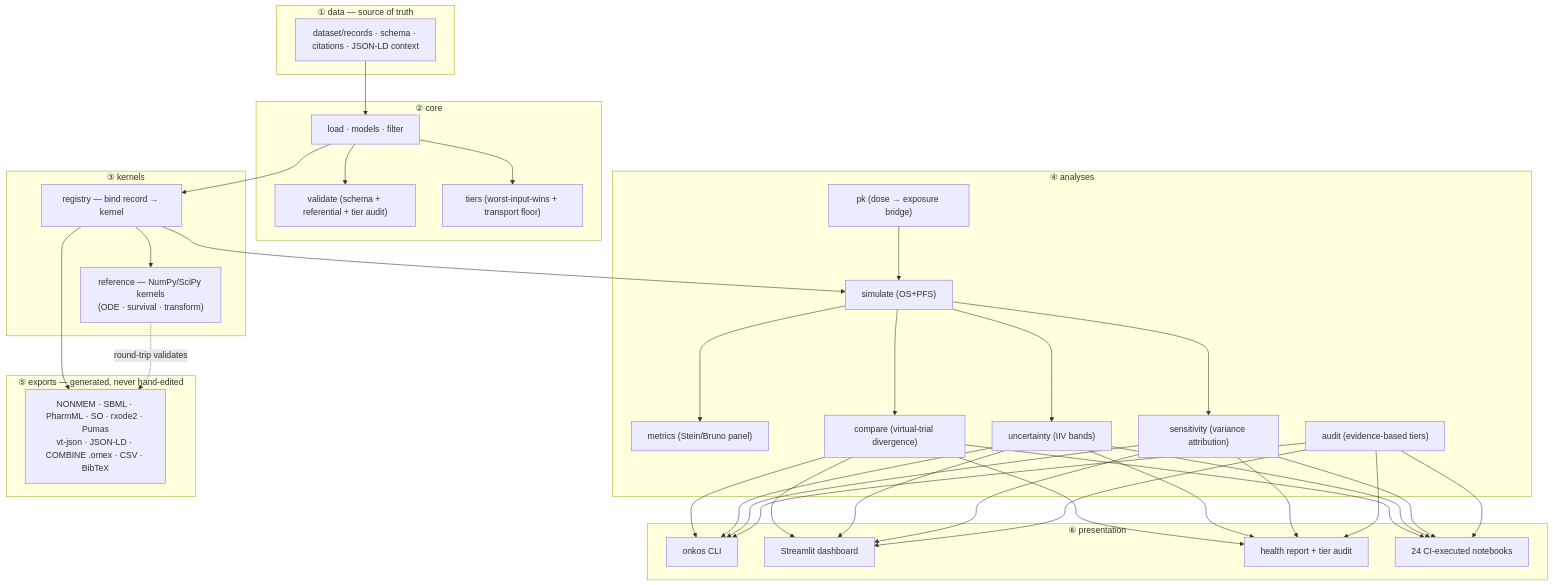
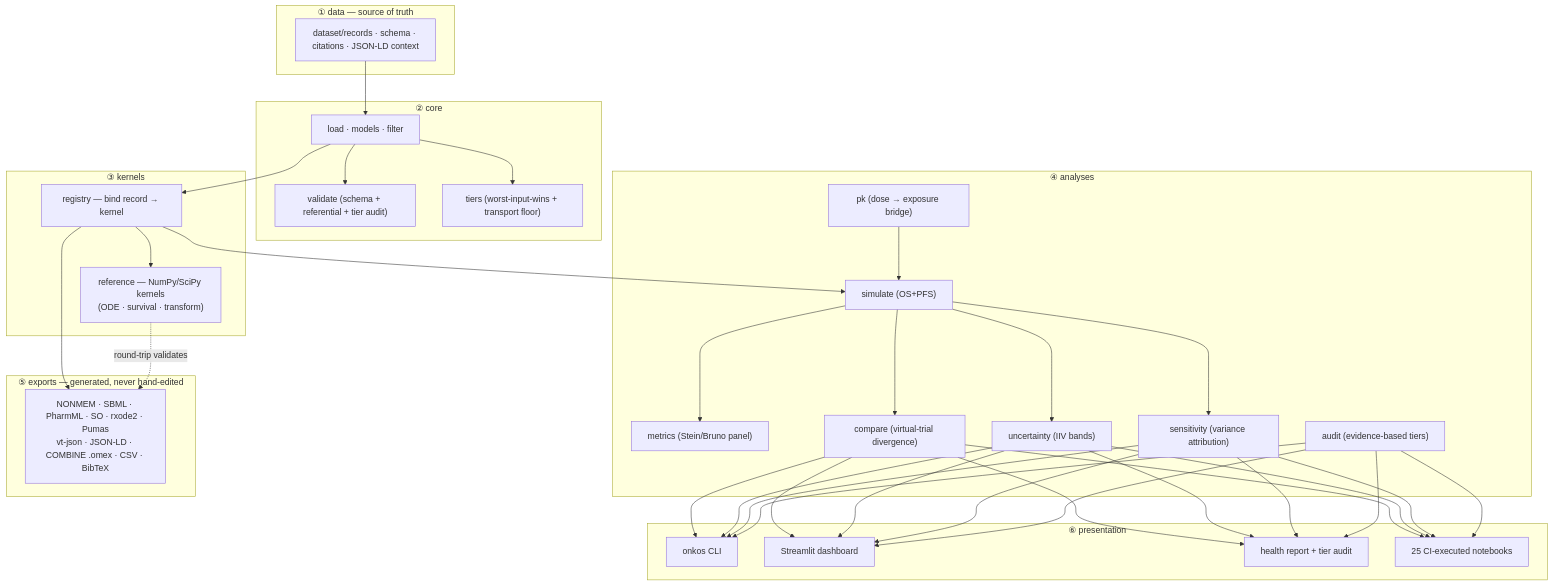
The first of 2 diagrams in README.md (clay-good/onkos), drawn with Mermaid before and after one commit. The commit also changed other lines of this file and 27 other files, not shown here.

````diff
--- a/README.md
+++ b/README.md
@@ -1245,41 +1286,41 @@
 ```mermaid
 flowchart TD
     subgraph data["① data — source of truth"]
         DS["dataset/records · schema · citations · JSON-LD context"]
     end
     subgraph core["② core"]
         LOAD["load · models · filter"]
         VAL["validate (schema + referential + tier audit)"]
         TIER["tiers (worst-input-wins + transport floor)"]
     end
     subgraph kern["③ kernels"]
         REG["registry — bind record → kernel"]
         REF["reference — NumPy/SciPy kernels<br/>(ODE · survival · transform)"]
     end
     subgraph ana["④ analyses"]
         SIM["simulate (OS+PFS)"]
         MET["metrics (Stein/Bruno panel)"]
         PKM["pk (dose → exposure bridge)"]
         CMP["compare (virtual-trial divergence)"]
         UNC["uncertainty (IIV bands)"]
         SEN["sensitivity (variance attribution)"]
         AUD["audit (evidence-based tiers)"]
     end
     subgraph exp["⑤ exports — generated, never hand-edited"]
         EXP["NONMEM · SBML · PharmML · SO · rxode2 · Pumas<br/>vt-json · JSON-LD · COMBINE .omex · CSV · BibTeX"]
     end
     subgraph pres["⑥ presentation"]
         CLI["onkos CLI"]
         DASH["Streamlit dashboard"]
         REP["health report + tier audit"]
-        NB["24 CI-executed notebooks"]
+        NB["25 CI-executed notebooks"]
     end
     DS --> LOAD --> REG --> REF
     LOAD --> VAL & TIER
     REG --> SIM --> CMP
     PKM --> SIM
     SIM --> MET & UNC & SEN
     CMP & UNC & SEN & AUD --> CLI & DASH & REP & NB
     REG --> EXP
     REF -. "round-trip validates" .-> EXP
 ```
````
